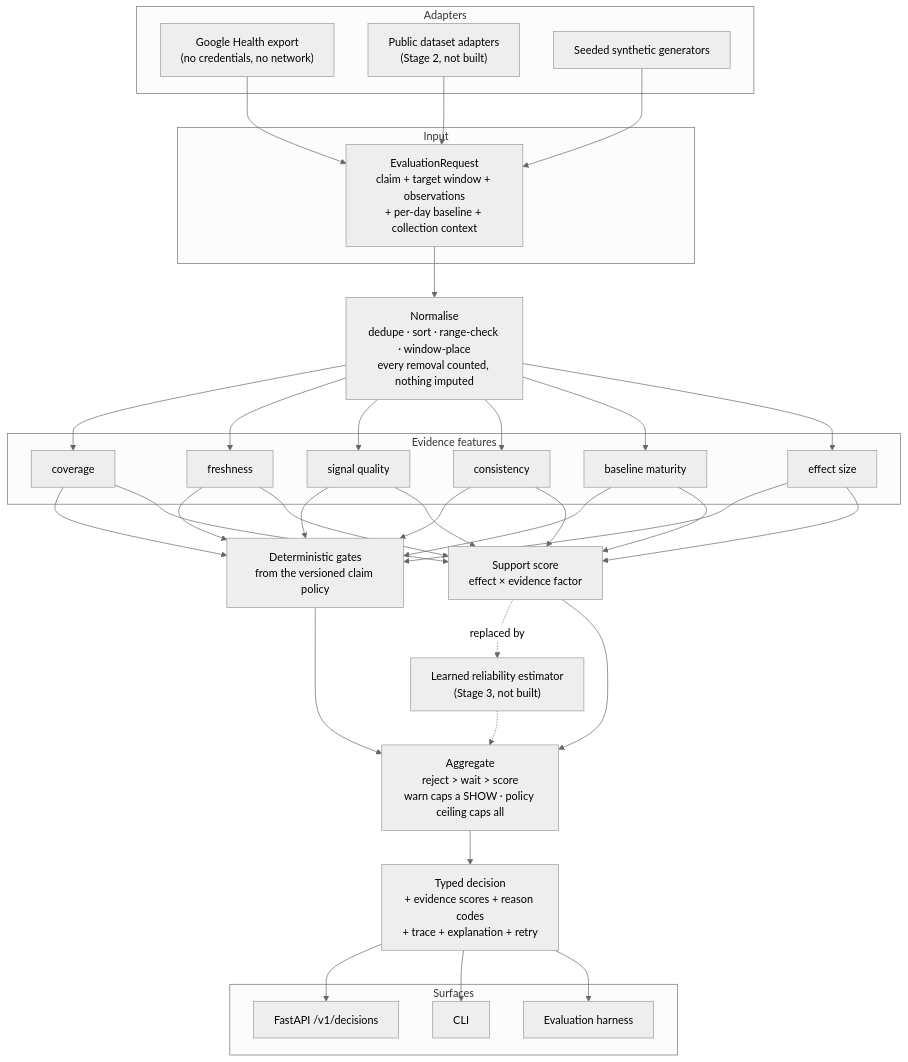
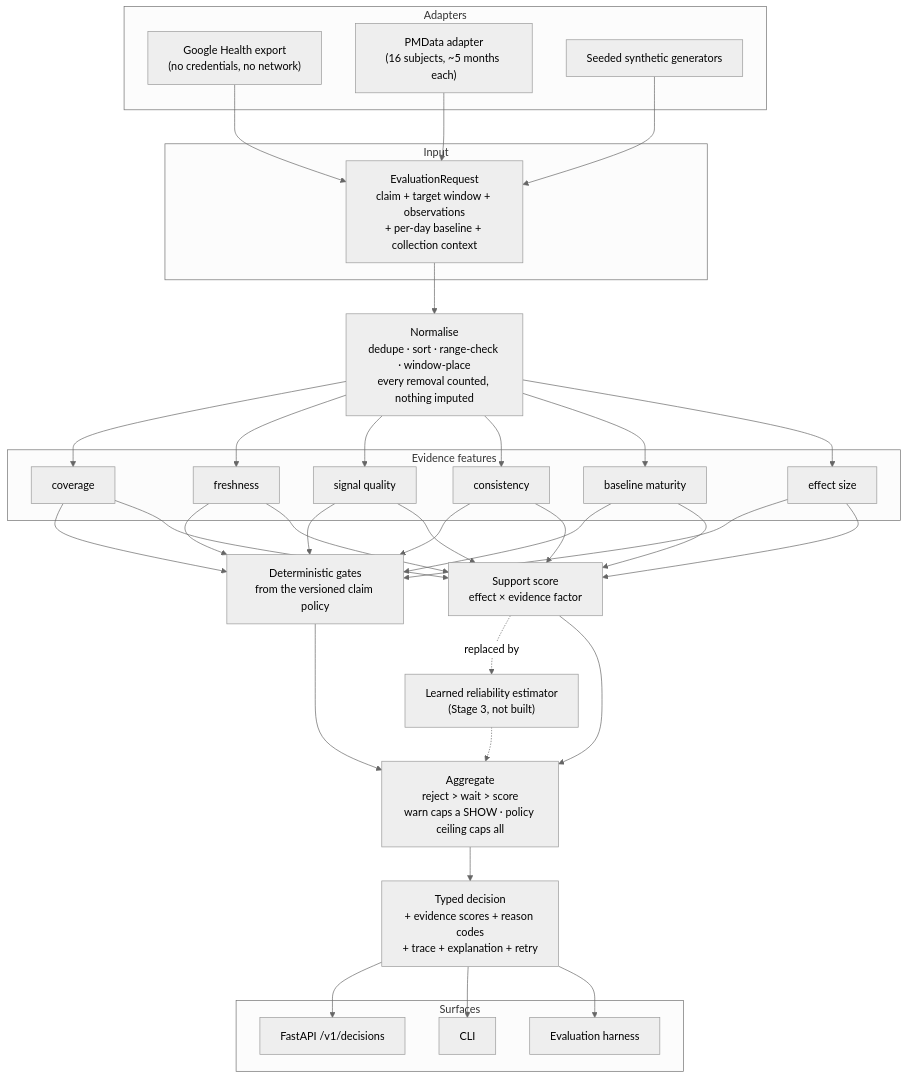
One commit to reddynitish/wearable-insight-reliability-engine changed the diagram in docs/architecture.md. Above: the diagram before and after it, drawn with Mermaid (neutral theme). The commit also changed other lines of this file and 7 other files, not shown here.

````diff
--- a/docs/architecture.md
+++ b/docs/architecture.md
@@ -5,49 +5,49 @@
 ```mermaid
 flowchart TB
     subgraph input["Input"]
         REQ["EvaluationRequest<br/>claim + target window + observations<br/>+ per-day baseline + collection context"]
     end
 
     subgraph adapters["Adapters"]
         GH["Google Health export<br/>(no credentials, no network)"]
-        DS["Public dataset adapters<br/>(Stage 2, not built)"]
+        DS["PMData adapter<br/>(16 subjects, ~5 months each)"]
         SY["Seeded synthetic generators"]
     end
 
     NORM["Normalise<br/>dedupe · sort · range-check · window-place<br/>every removal counted, nothing imputed"]
 
     subgraph feats["Evidence features"]
         COV["coverage"]
         FRE["freshness"]
         QUA["signal quality"]
         CON["consistency"]
         BAS["baseline maturity"]
         EFF["effect size"]
     end
 
     GATES["Deterministic gates<br/>from the versioned claim policy"]
     SUP["Support score<br/>effect × evidence factor"]
     LEARN["Learned reliability estimator<br/>(Stage 3, not built)"]
     AGG["Aggregate<br/>reject &gt; wait &gt; score<br/>warn caps a SHOW · policy ceiling caps all"]
     OUT["Typed decision<br/>+ evidence scores + reason codes<br/>+ trace + explanation + retry"]
 
     subgraph surfaces["Surfaces"]
         API["FastAPI /v1/decisions"]
         CLI["CLI"]
         EVAL["Evaluation harness"]
     end
 
     GH --> REQ
     DS --> REQ
     SY --> REQ
     REQ --> NORM
     NORM --> COV & FRE & QUA & CON & BAS & EFF
     COV & FRE & QUA & CON & BAS & EFF --> GATES
     COV & FRE & QUA & CON & BAS & EFF --> SUP
     SUP -.->|replaced by| LEARN
     LEARN -.-> AGG
     GATES --> AGG
     SUP --> AGG
     AGG --> OUT
     OUT --> API & CLI & EVAL
 ```
````
